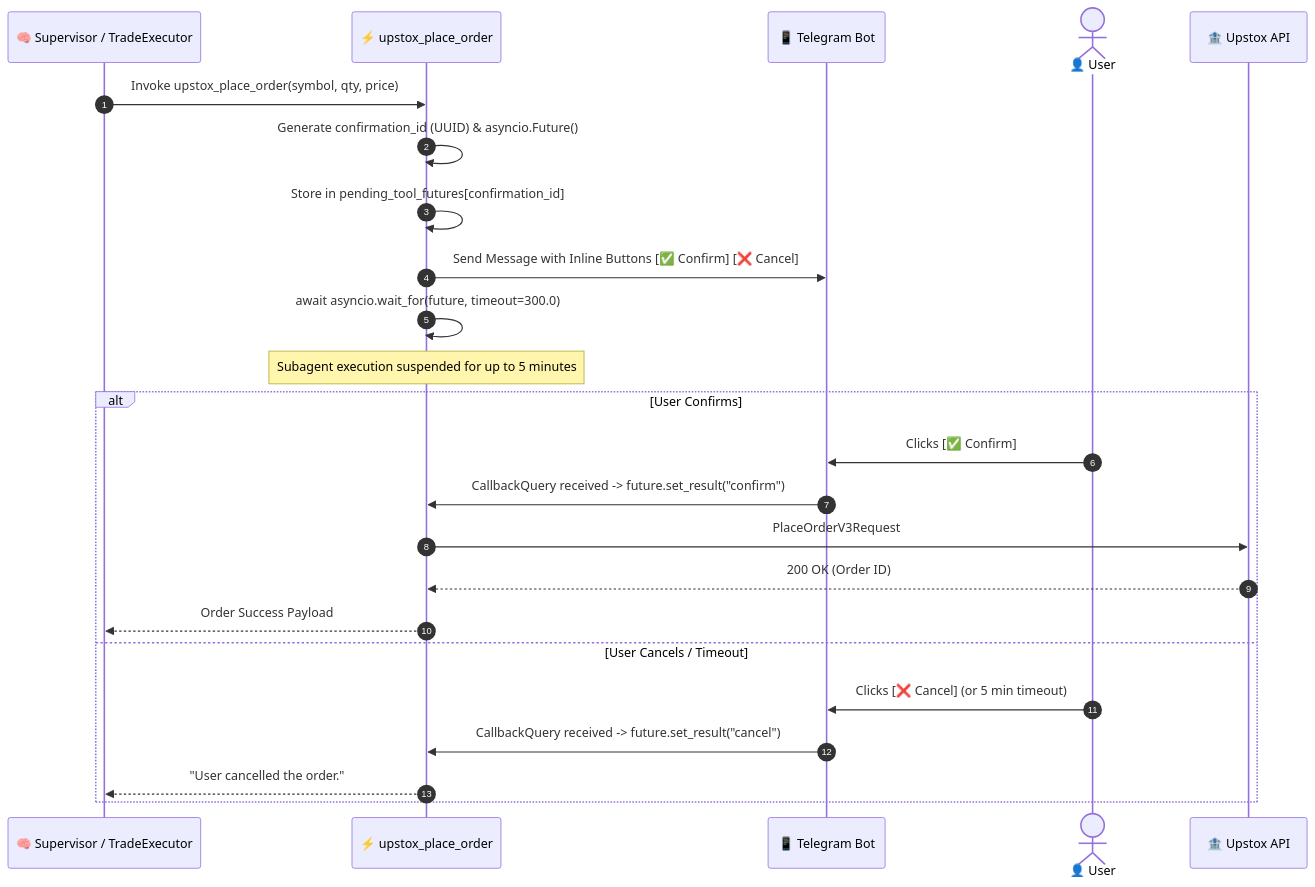
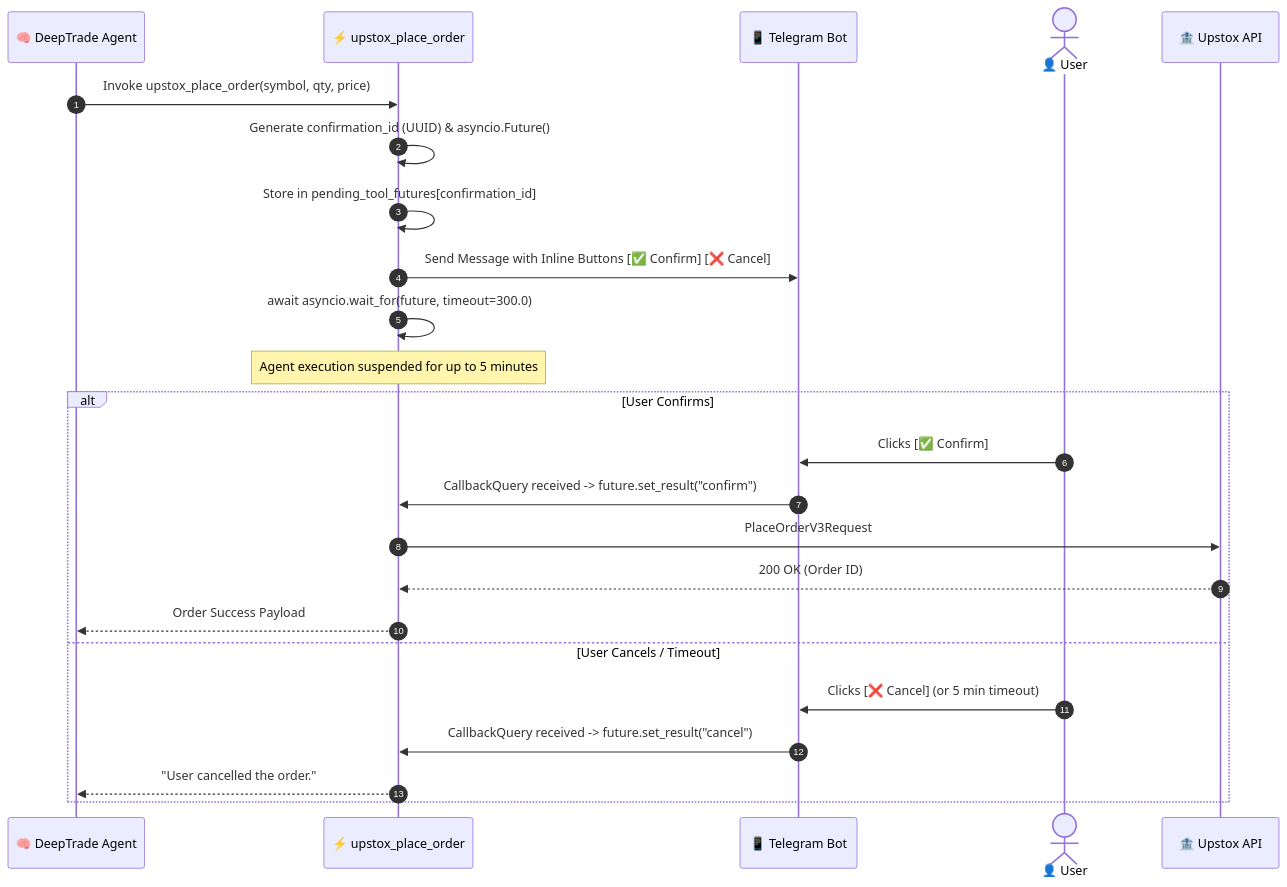
One commit to Anshu666666/deepTrade changed the third of 4 diagrams in architecture_and_skills.md. Above: the diagram before and after it, drawn with Mermaid. The commit also changed other lines of this file and 2 other files, not shown here.

Commit message:
docs: clarify single DeepAgent architecture with progressive skills and unified tools

````diff
--- a/architecture_and_skills.md
+++ b/architecture_and_skills.md
@@ -150,28 +134,28 @@
 ```mermaid
 sequenceDiagram
     autonumber
-    participant Agent as 🧠 Supervisor / TradeExecutor
+    participant Agent as 🧠 DeepTrade Agent
     participant Tool as ⚡ upstox_place_order
     participant TG as 📱 Telegram Bot
     actor Trader as 👤 User
     participant Broker as 🏦 Upstox API
 
     Agent->>Tool: Invoke upstox_place_order(symbol, qty, price)
     Tool->>Tool: Generate confirmation_id (UUID) & asyncio.Future()
     Tool->>Tool: Store in pending_tool_futures[confirmation_id]
     Tool->>TG: Send Message with Inline Buttons [✅ Confirm] [❌ Cancel]
     Tool->>Tool: await asyncio.wait_for(future, timeout=300.0)
-    Note over Tool: Subagent execution suspended for up to 5 minutes
+    Note over Tool: Agent execution suspended for up to 5 minutes
     
     alt User Confirms
         Trader->>TG: Clicks [✅ Confirm]
         TG->>Tool: CallbackQuery received -> future.set_result("confirm")
         Tool->>Broker: PlaceOrderV3Request
         Broker-->>Tool: 200 OK (Order ID)
         Tool-->>Agent: Order Success Payload
     else User Cancels / Timeout
         Trader->>TG: Clicks [❌ Cancel] (or 5 min timeout)
         TG->>Tool: CallbackQuery received -> future.set_result("cancel")
         Tool-->>Agent: "User cancelled the order."
     end
 ```
````
